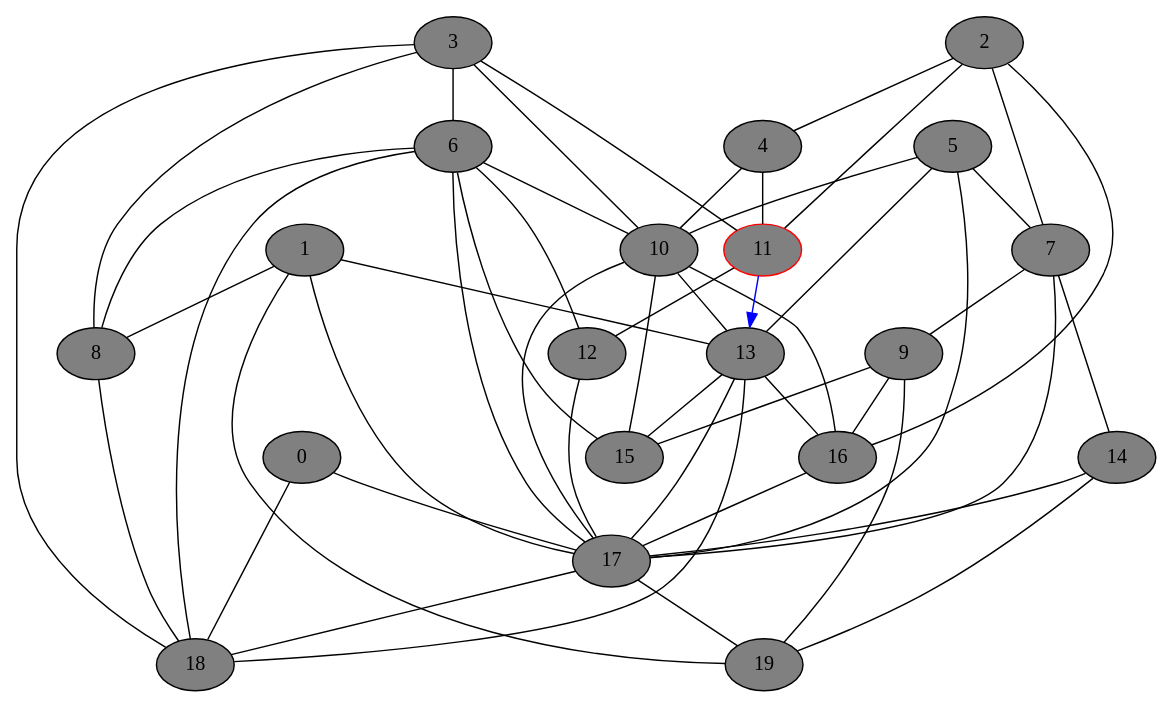
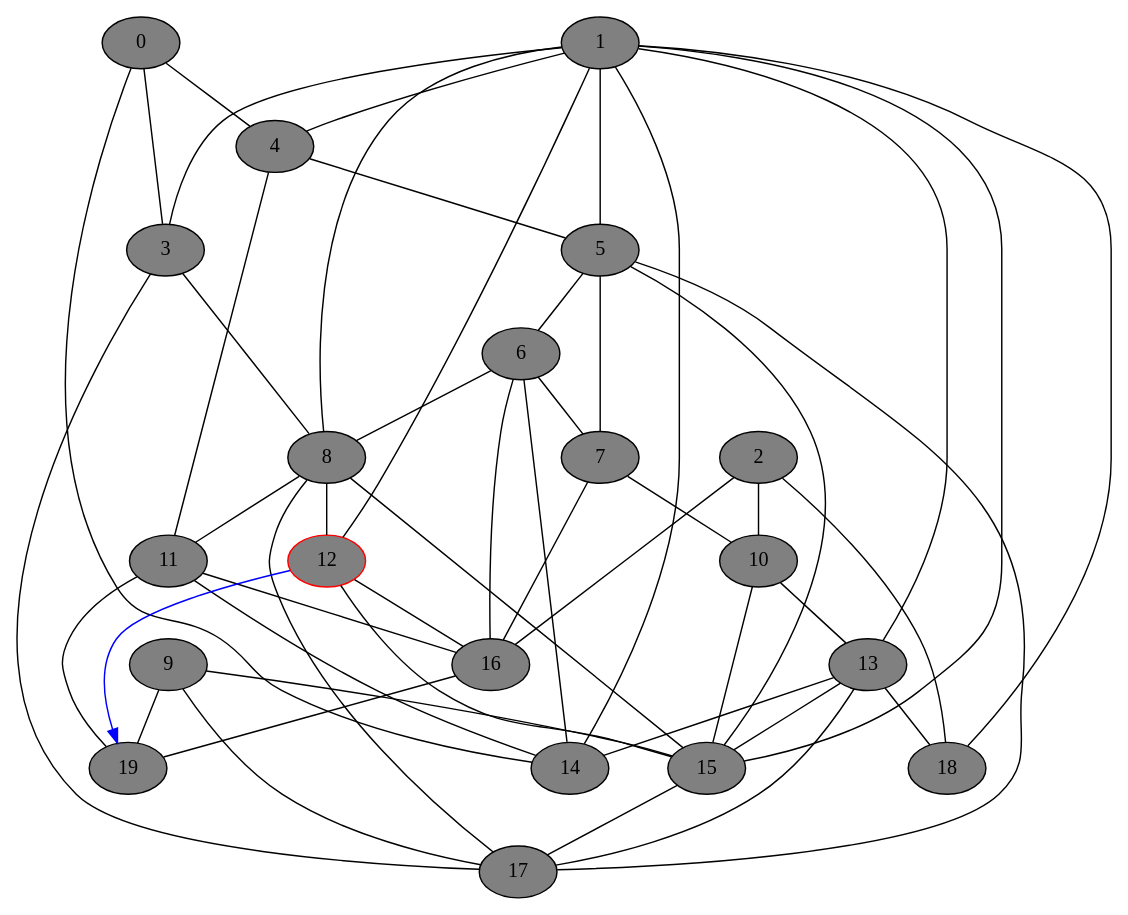
Before and after one commit to DSMishler/EBA_models: the diagram in gv_graphs/nxt0044.dot, drawn with Graphviz. The commit also changed 941 other files, not shown here.

```diff
--- a/gv_graphs/nxt0044.dot
+++ b/gv_graphs/nxt0044.dot
@@ -1,74 +1,74 @@
 // network test graph
 digraph
 {
 	0 [fillcolor=gray,style=filled,]
 	1 [fillcolor=gray,style=filled,]
 	2 [fillcolor=gray,style=filled,]
 	3 [fillcolor=gray,style=filled,]
 	4 [fillcolor=gray,style=filled,]
 	5 [fillcolor=gray,style=filled,]
 	6 [fillcolor=gray,style=filled,]
 	7 [fillcolor=gray,style=filled,]
 	8 [fillcolor=gray,style=filled,]
 	9 [fillcolor=gray,style=filled,]
 	10 [fillcolor=gray,style=filled,]
-	11 [fillcolor=gray,style=filled,color=red,]
-	12 [fillcolor=gray,style=filled,]
+	11 [fillcolor=gray,style=filled,]
+	12 [fillcolor=gray,style=filled,color=red,]
 	13 [fillcolor=gray,style=filled,]
 	14 [fillcolor=gray,style=filled,]
 	15 [fillcolor=gray,style=filled,]
 	16 [fillcolor=gray,style=filled,]
 	17 [fillcolor=gray,style=filled,]
 	18 [fillcolor=gray,style=filled,]
 	19 [fillcolor=gray,style=filled,]
-	0 -> 17 [dir=none]
-	0 -> 18 [dir=none]
+	0 -> 3 [dir=none]
+	0 -> 4 [dir=none]
+	0 -> 14 [dir=none]
+	1 -> 3 [dir=none]
+	1 -> 4 [dir=none]
+	1 -> 5 [dir=none]
 	1 -> 8 [dir=none]
+	1 -> 12 [dir=none]
 	1 -> 13 [dir=none]
-	1 -> 17 [dir=none]
-	1 -> 19 [dir=none]
-	2 -> 4 [dir=none]
-	2 -> 7 [dir=none]
-	2 -> 11 [dir=none]
+	1 -> 14 [dir=none]
+	1 -> 15 [dir=none]
+	1 -> 18 [dir=none]
+	2 -> 10 [dir=none]
 	2 -> 16 [dir=none]
-	3 -> 6 [dir=none]
+	2 -> 18 [dir=none]
 	3 -> 8 [dir=none]
-	3 -> 10 [dir=none]
-	3 -> 11 [dir=none]
-	3 -> 18 [dir=none]
-	4 -> 10 [dir=none]
+	3 -> 17 [dir=none]
+	4 -> 5 [dir=none]
 	4 -> 11 [dir=none]
+	5 -> 6 [dir=none]
 	5 -> 7 [dir=none]
-	5 -> 10 [dir=none]
-	5 -> 13 [dir=none]
+	5 -> 15 [dir=none]
 	5 -> 17 [dir=none]
+	6 -> 7 [dir=none]
 	6 -> 8 [dir=none]
-	6 -> 10 [dir=none]
-	6 -> 12 [dir=none]
-	6 -> 15 [dir=none]
-	6 -> 17 [dir=none]
-	6 -> 18 [dir=none]
-	7 -> 9 [dir=none]
-	7 -> 14 [dir=none]
-	7 -> 17 [dir=none]
-	8 -> 18 [dir=none]
+	6 -> 14 [dir=none]
+	6 -> 16 [dir=none]
+	7 -> 10 [dir=none]
+	7 -> 16 [dir=none]
+	8 -> 11 [dir=none]
+	8 -> 12 [dir=none]
+	8 -> 15 [dir=none]
+	8 -> 17 [dir=none]
 	9 -> 15 [dir=none]
-	9 -> 16 [dir=none]
+	9 -> 17 [dir=none]
 	9 -> 19 [dir=none]
 	10 -> 13 [dir=none]
 	10 -> 15 [dir=none]
-	10 -> 16 [dir=none]
-	10 -> 17 [dir=none]
-	11 -> 12 [dir=none]
-	11 -> 13 [dir=forward,color=blue,]
-	12 -> 17 [dir=none]
+	11 -> 14 [dir=none]
+	11 -> 16 [dir=none]
+	11 -> 19 [dir=none]
+	12 -> 15 [dir=none]
+	12 -> 16 [dir=none]
+	12 -> 19 [dir=forward,color=blue,]
+	13 -> 14 [dir=none]
 	13 -> 15 [dir=none]
-	13 -> 16 [dir=none]
 	13 -> 17 [dir=none]
 	13 -> 18 [dir=none]
-	14 -> 17 [dir=none]
-	14 -> 19 [dir=none]
-	16 -> 17 [dir=none]
-	17 -> 18 [dir=none]
-	17 -> 19 [dir=none]
+	15 -> 17 [dir=none]
+	16 -> 19 [dir=none]
 }
```
